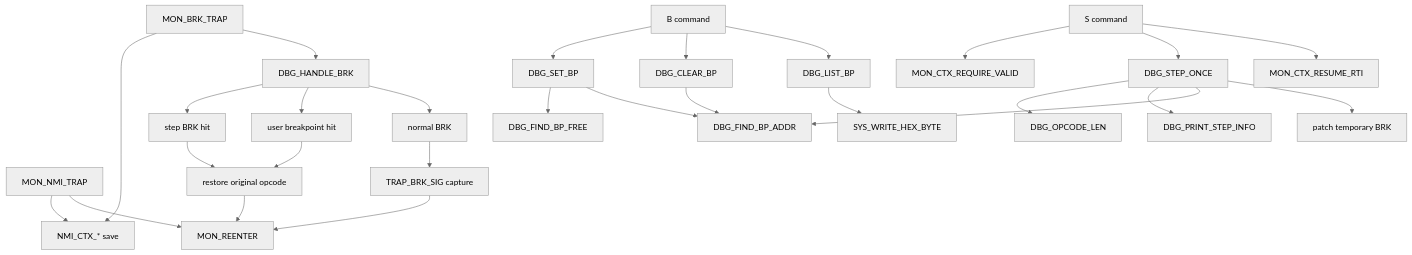
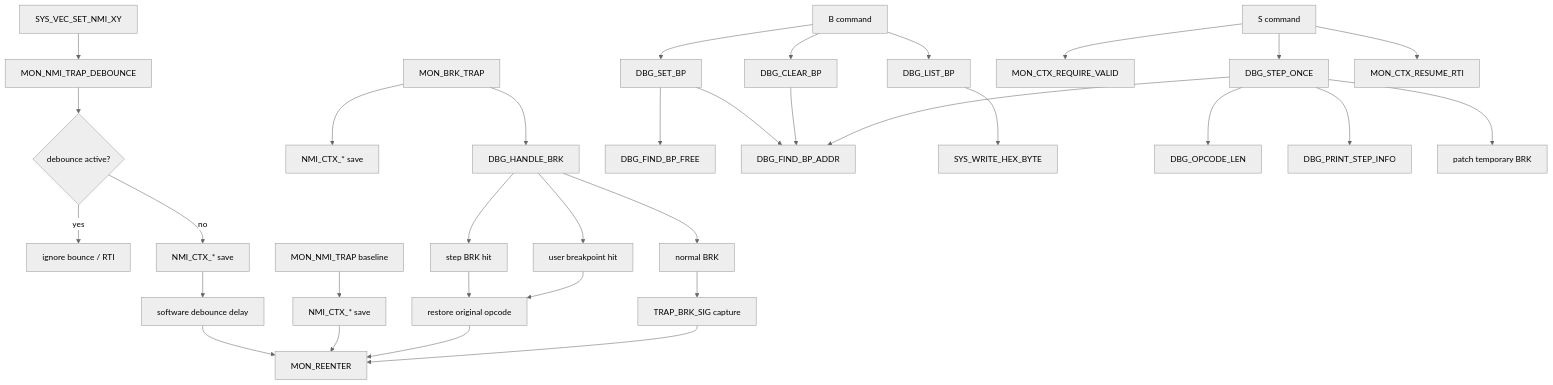
One commit to 95westus/R-YORS changed the fifth of 7 diagrams in DOC/GUIDES/HIMON_MAP.md. Above: the diagram before and after it, drawn with Mermaid (neutral theme). The commit also changed other lines of this file and 39 other files, not shown here.

````diff
--- a/DOC/GUIDES/HIMON_MAP.md
+++ b/DOC/GUIDES/HIMON_MAP.md
@@ -176,32 +176,38 @@
 ```mermaid
 flowchart TD
-    NMI[MON_NMI_TRAP] --> SAVE[NMI_CTX_* save]
-    NMI --> REENTER[MON_REENTER]
+    SETNMI[SYS_VEC_SET_NMI_XY] --> POC[MON_NMI_TRAP_DEBOUNCE]
+    POC --> ACTIVE{debounce active?}
+    ACTIVE -->|yes| RTI[ignore bounce / RTI]
+    ACTIVE -->|no| NMISAVE[NMI_CTX_* save]
+    NMISAVE --> DELAY[software debounce delay]
+    DELAY --> REENTER[MON_REENTER]
+    BASE[MON_NMI_TRAP baseline] --> BASESAVE[NMI_CTX_* save]
+    BASESAVE --> REENTER
 
-    BRK[MON_BRK_TRAP] --> SAVE
+    BRK[MON_BRK_TRAP] --> BRKSAVE[NMI_CTX_* save]
     BRK --> HANDLE[DBG_HANDLE_BRK]
     HANDLE --> STEPHIT[step BRK hit]
     HANDLE --> BPHIT[user breakpoint hit]
     HANDLE --> NONE[normal BRK]
     STEPHIT --> RESTORE[restore original opcode]
     BPHIT --> RESTORE
     RESTORE --> REENTER
     NONE --> SIG[TRAP_BRK_SIG capture]
     SIG --> REENTER
 
     CMD_B[B command] --> SET[DBG_SET_BP]
     CMD_B --> CLR[DBG_CLEAR_BP]
     CMD_B --> LIST[DBG_LIST_BP]
     SET --> FINDFREE[DBG_FIND_BP_FREE]
     SET --> FINDADDR[DBG_FIND_BP_ADDR]
     CLR --> FINDADDR
     LIST --> PRINT[SYS_WRITE_HEX_BYTE]
 
     CMD_S[S command] --> CTX[MON_CTX_REQUIRE_VALID]
     CMD_S --> STEP[DBG_STEP_ONCE]
     STEP --> OPLEN[DBG_OPCODE_LEN]
     STEP --> STEPINFO[DBG_PRINT_STEP_INFO]
     STEP --> FINDADDR
     STEP --> PATCH[patch temporary BRK]
     CMD_S --> RESUME[MON_CTX_RESUME_RTI]
 ```
````
